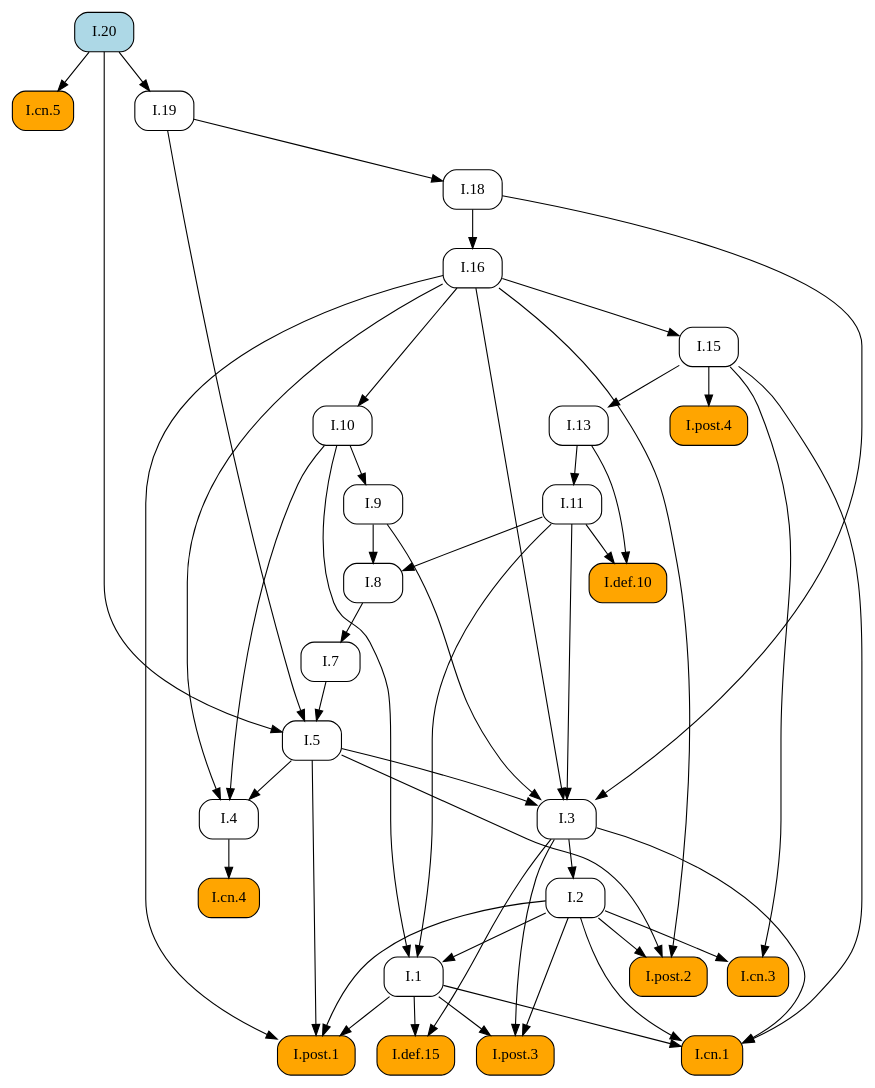
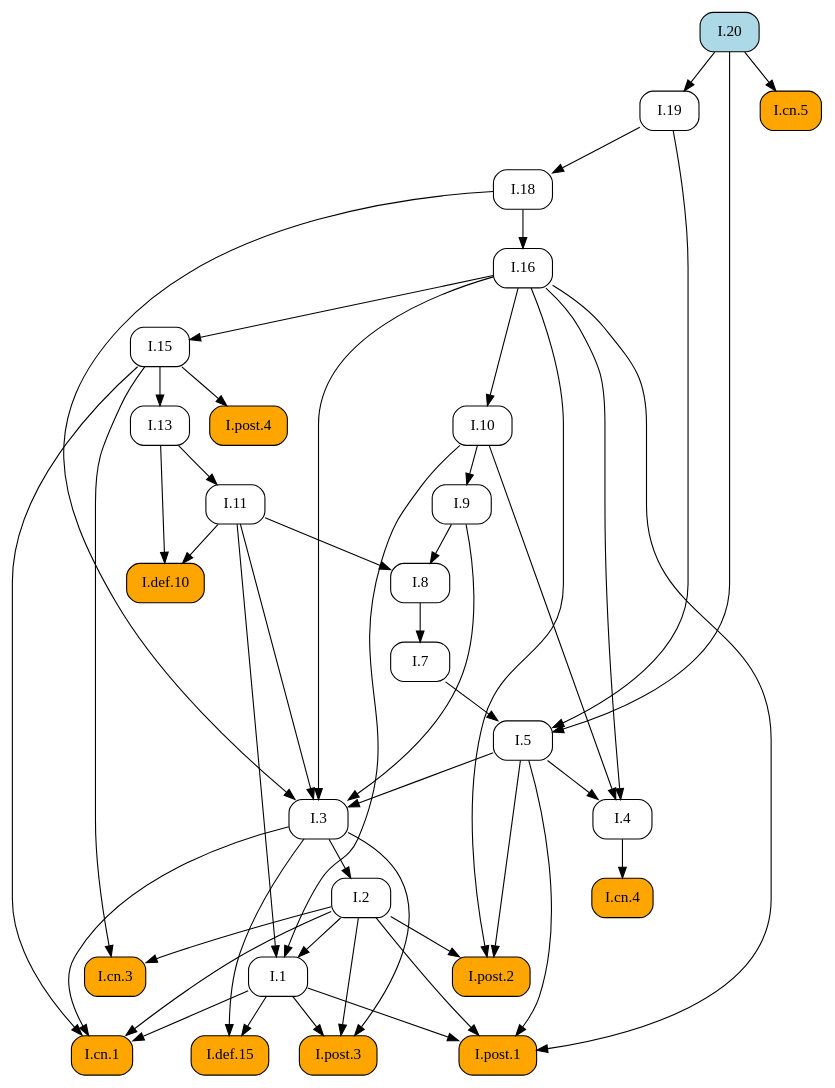
One commit to geometor/elements changed the diagram in docsrc/heath/I/20/index.rst. Above: the diagram before and after it, drawn with Graphviz. The commit also changed other lines of this file and 484 other files, not shown here.

```diff
--- a/docsrc/heath/I/20/index.rst
+++ b/docsrc/heath/I/20/index.rst
@@ -55,81 +55,81 @@
 .. graphviz::
 
    digraph {
      rankdir="TB";
      node [shape=box, style=rounded];
-     "I.def.10" [style="rounded,filled", fillcolor=orange, URL="/heath/I/def.10/", target="_top"];
-     "I.cn.5" [style="rounded,filled", fillcolor=orange, URL="/heath/I/cn.5/", target="_top"];
-     "I.post.4" [style="rounded,filled", fillcolor=orange, URL="/heath/I/post.4/", target="_top"];
-     "I.1" [URL="/heath/I/1/", target="_top"];
-     "I.11" [URL="/heath/I/11/", target="_top"];
-     "I.7" [URL="/heath/I/7/", target="_top"];
-     "I.3" [URL="/heath/I/3/", target="_top"];
-     "I.20" [style="rounded,filled", fillcolor=lightblue, URL="/heath/I/20/", target="_top"];
-     "I.2" [URL="/heath/I/2/", target="_top"];
-     "I.4" [URL="/heath/I/4/", target="_top"];
-     "I.13" [URL="/heath/I/13/", target="_top"];
-     "I.post.2" [style="rounded,filled", fillcolor=orange, URL="/heath/I/post.2/", target="_top"];
-     "I.18" [URL="/heath/I/18/", target="_top"];
-     "I.16" [URL="/heath/I/16/", target="_top"];
-     "I.def.15" [style="rounded,filled", fillcolor=orange, URL="/heath/I/def.15/", target="_top"];
-     "I.19" [URL="/heath/I/19/", target="_top"];
-     "I.post.3" [style="rounded,filled", fillcolor=orange, URL="/heath/I/post.3/", target="_top"];
      "I.9" [URL="/heath/I/9/", target="_top"];
      "I.cn.1" [style="rounded,filled", fillcolor=orange, URL="/heath/I/cn.1/", target="_top"];
+     "I.7" [URL="/heath/I/7/", target="_top"];
+     "I.2" [URL="/heath/I/2/", target="_top"];
+     "I.def.15" [style="rounded,filled", fillcolor=orange, URL="/heath/I/def.15/", target="_top"];
+     "I.13" [URL="/heath/I/13/", target="_top"];
+     "I.post.4" [style="rounded,filled", fillcolor=orange, URL="/heath/I/post.4/", target="_top"];
+     "I.4" [URL="/heath/I/4/", target="_top"];
+     "I.1" [URL="/heath/I/1/", target="_top"];
+     "I.post.3" [style="rounded,filled", fillcolor=orange, URL="/heath/I/post.3/", target="_top"];
+     "I.post.1" [style="rounded,filled", fillcolor=orange, URL="/heath/I/post.1/", target="_top"];
+     "I.5" [URL="/heath/I/5/", target="_top"];
+     "I.19" [URL="/heath/I/19/", target="_top"];
+     "I.8" [URL="/heath/I/8/", target="_top"];
      "I.cn.3" [style="rounded,filled", fillcolor=orange, URL="/heath/I/cn.3/", target="_top"];
-     "I.8" [URL="/heath/I/8/", target="_top"];
+     "I.16" [URL="/heath/I/16/", target="_top"];
+     "I.20" [style="rounded,filled", fillcolor=lightblue, URL="/heath/I/20/", target="_top"];
+     "I.def.10" [style="rounded,filled", fillcolor=orange, URL="/heath/I/def.10/", target="_top"];
+     "I.18" [URL="/heath/I/18/", target="_top"];
+     "I.15" [URL="/heath/I/15/", target="_top"];
+     "I.10" [URL="/heath/I/10/", target="_top"];
+     "I.11" [URL="/heath/I/11/", target="_top"];
      "I.cn.4" [style="rounded,filled", fillcolor=orange, URL="/heath/I/cn.4/", target="_top"];
-     "I.15" [URL="/heath/I/15/", target="_top"];
-     "I.post.1" [style="rounded,filled", fillcolor=orange, URL="/heath/I/post.1/", target="_top"];
-     "I.10" [URL="/heath/I/10/", target="_top"];
-     "I.5" [URL="/heath/I/5/", target="_top"];
-     "I.11" -> "I.def.10";
-     "I.13" -> "I.def.10";
-     "I.20" -> "I.cn.5";
+     "I.post.2" [style="rounded,filled", fillcolor=orange, URL="/heath/I/post.2/", target="_top"];
+     "I.cn.5" [style="rounded,filled", fillcolor=orange, URL="/heath/I/cn.5/", target="_top"];
+     "I.3" [URL="/heath/I/3/", target="_top"];
+     "I.10" -> "I.9";
+     "I.1" -> "I.cn.1";
+     "I.2" -> "I.cn.1";
+     "I.3" -> "I.cn.1";
+     "I.15" -> "I.cn.1";
+     "I.8" -> "I.7";
+     "I.3" -> "I.2";
+     "I.1" -> "I.def.15";
+     "I.3" -> "I.def.15";
+     "I.15" -> "I.13";
      "I.15" -> "I.post.4";
+     "I.5" -> "I.4";
+     "I.10" -> "I.4";
+     "I.16" -> "I.4";
      "I.2" -> "I.1";
      "I.10" -> "I.1";
      "I.11" -> "I.1";
+     "I.1" -> "I.post.3";
+     "I.2" -> "I.post.3";
+     "I.3" -> "I.post.3";
+     "I.1" -> "I.post.1";
+     "I.2" -> "I.post.1";
+     "I.5" -> "I.post.1";
+     "I.16" -> "I.post.1";
+     "I.7" -> "I.5";
+     "I.19" -> "I.5";
+     "I.20" -> "I.5";
+     "I.20" -> "I.19";
+     "I.9" -> "I.8";
+     "I.11" -> "I.8";
+     "I.2" -> "I.cn.3";
+     "I.15" -> "I.cn.3";
+     "I.18" -> "I.16";
+     "I.11" -> "I.def.10";
+     "I.13" -> "I.def.10";
+     "I.19" -> "I.18";
+     "I.16" -> "I.15";
+     "I.16" -> "I.10";
      "I.13" -> "I.11";
-     "I.8" -> "I.7";
+     "I.4" -> "I.cn.4";
+     "I.2" -> "I.post.2";
+     "I.5" -> "I.post.2";
+     "I.16" -> "I.post.2";
+     "I.20" -> "I.cn.5";
      "I.5" -> "I.3";
      "I.9" -> "I.3";
      "I.11" -> "I.3";
      "I.16" -> "I.3";
      "I.18" -> "I.3";
-     "I.3" -> "I.2";
-     "I.5" -> "I.4";
-     "I.10" -> "I.4";
-     "I.16" -> "I.4";
-     "I.15" -> "I.13";
-     "I.2" -> "I.post.2";
-     "I.5" -> "I.post.2";
-     "I.16" -> "I.post.2";
-     "I.19" -> "I.18";
-     "I.18" -> "I.16";
-     "I.1" -> "I.def.15";
-     "I.3" -> "I.def.15";
-     "I.20" -> "I.19";
-     "I.1" -> "I.post.3";
-     "I.2" -> "I.post.3";
-     "I.3" -> "I.post.3";
-     "I.10" -> "I.9";
-     "I.1" -> "I.cn.1";
-     "I.2" -> "I.cn.1";
-     "I.3" -> "I.cn.1";
-     "I.15" -> "I.cn.1";
-     "I.2" -> "I.cn.3";
-     "I.15" -> "I.cn.3";
-     "I.9" -> "I.8";
-     "I.11" -> "I.8";
-     "I.4" -> "I.cn.4";
-     "I.16" -> "I.15";
-     "I.1" -> "I.post.1";
-     "I.2" -> "I.post.1";
-     "I.5" -> "I.post.1";
-     "I.16" -> "I.post.1";
-     "I.16" -> "I.10";
-     "I.7" -> "I.5";
-     "I.19" -> "I.5";
-     "I.20" -> "I.5";
    }
```
